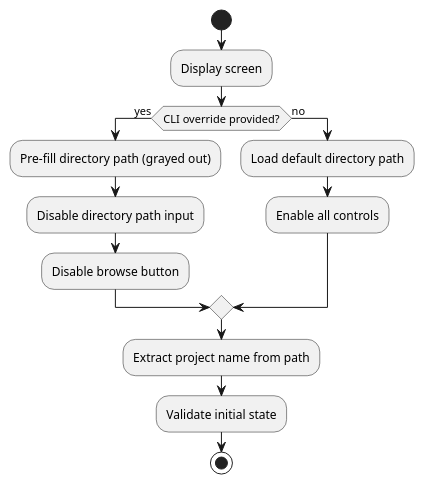
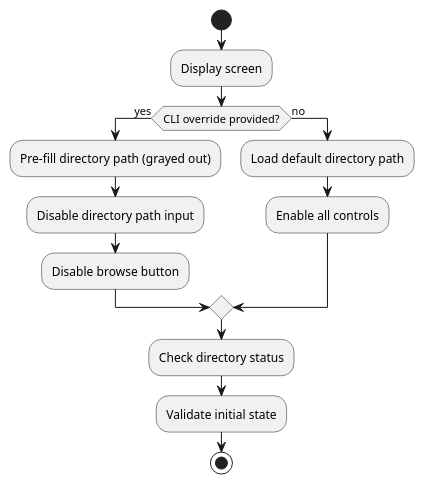
The diagram in context/plans/gui/screens/sc-1/figures/sc1/initialization-activity.puml (igamenovoer/PeiDocker), drawn with PlantUML before and after one commit. The commit also changed 17 other files, not shown here.

```diff
--- a/context/plans/gui/screens/sc-1/figures/sc1/initialization-activity.puml
+++ b/context/plans/gui/screens/sc-1/figures/sc1/initialization-activity.puml
@@ -1,15 +1,15 @@
 @startuml
 start
 :Display screen;
 if (CLI override provided?) then (yes)
   :Pre-fill directory path (grayed out);
   :Disable directory path input;
   :Disable browse button;
 else (no)
   :Load default directory path;
   :Enable all controls;
 endif
-:Extract project name from path;
+:Check directory status;
 :Validate initial state;
 stop
 @enduml
```
